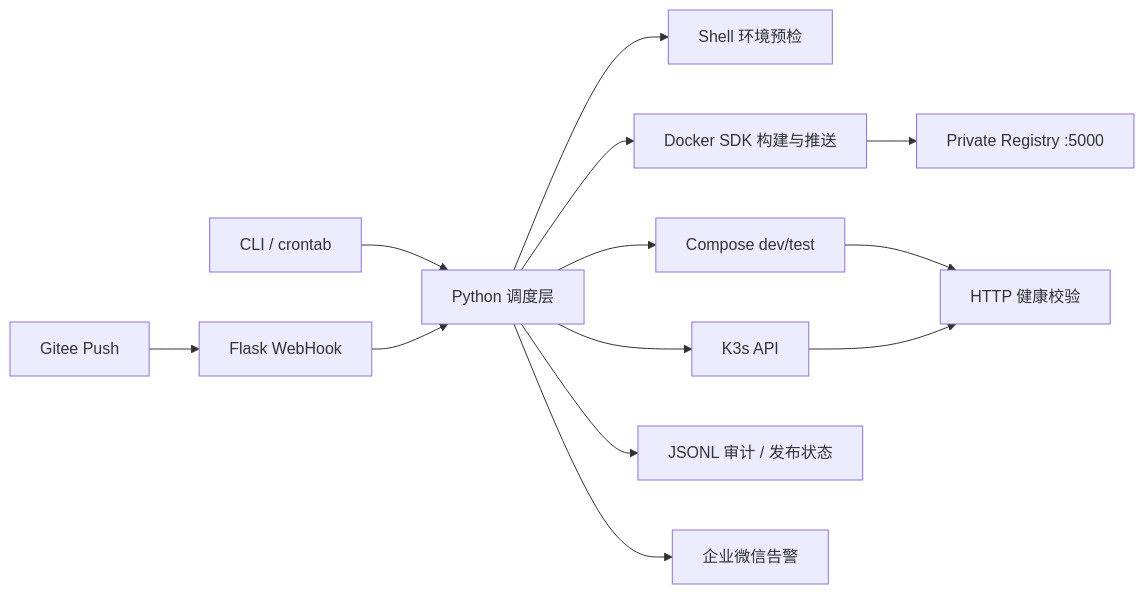
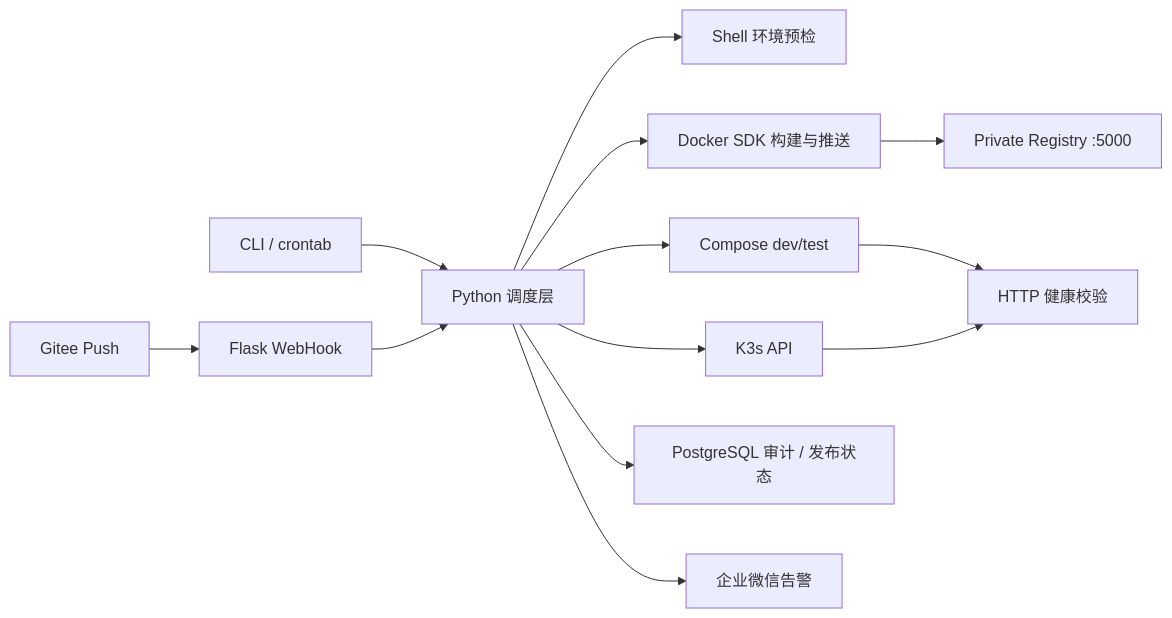
Before and after one commit to l62511/auto-deploy-platform: the diagram in README.md, drawn with Mermaid. The commit also changed other lines of this file and 52 other files, not shown here.

````diff
--- a/README.md
+++ b/README.md
@@ -26,15 +26,15 @@
 ```mermaid
 flowchart LR
     Gitee["Gitee Push"] --> Hook["Flask WebHook"]
     CLI["CLI / crontab"] --> Core["Python 调度层"]
     Hook --> Core
     Core --> Check["Shell 环境预检"]
     Core --> Builder["Docker SDK 构建与推送"]
     Builder --> Registry["Private Registry :5000"]
     Core --> Compose["Compose dev/test"]
     Core --> K3s["K3s API"]
     Compose --> Health["HTTP 健康校验"]
     K3s --> Health
-    Core --> Audit["JSONL 审计 / 发布状态"]
+    Core --> Audit["PostgreSQL 审计 / 发布状态"]
     Core --> WeChat["企业微信告警"]
 ```
````
